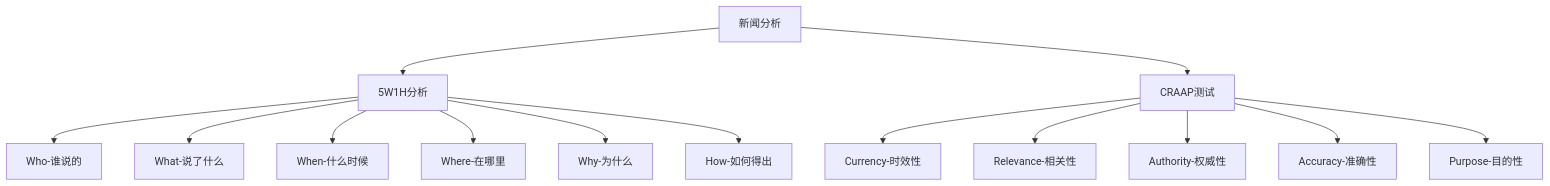
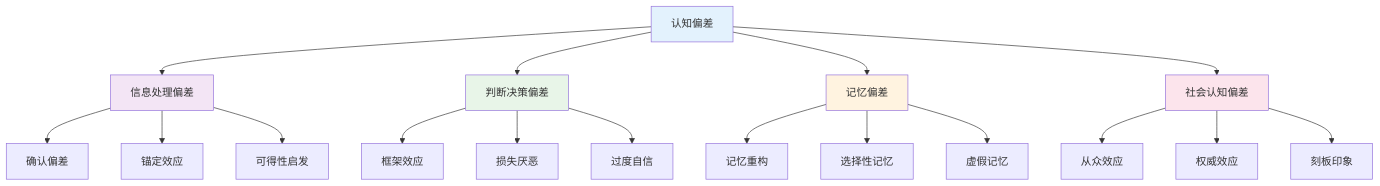
Before and after one commit to AdaMartin18010/SeniorEnducation: diagram 12 of 15 in 01-哲学科学基础/03-逻辑学与批判性思维.md, drawn with Mermaid. The commit also changed other lines of this file and 16 other files, not shown here.

````diff
--- a/01-哲学科学基础/03-逻辑学与批判性思维.md
+++ b/01-哲学科学基础/03-逻辑学与批判性思维.md
@@ -194,18 +552,29 @@
 ```mermaid
 graph TD
-    A[新闻分析] --> B[5W1H分析]
-    A --> C[CRAAP测试]
+    A[认知偏差] --> B[信息处理偏差]
+    A --> C[判断决策偏差]
+    A --> D[记忆偏差]
+    A --> E[社会认知偏差]
     
-    B --> D[Who-谁说的]
-    B --> E[What-说了什么]
-    B --> F[When-什么时候]
-    B --> G[Where-在哪里]
-    B --> H[Why-为什么]
-    B --> I[How-如何得出]
+    B --> B1[确认偏差]
+    B --> B2[锚定效应]
+    B --> B3[可得性启发]
     
-    C --> J[Currency-时效性]
-    C --> K[Relevance-相关性]
-    C --> L[Authority-权威性]
-    C --> M[Accuracy-准确性]
-    C --> N[Purpose-目的性]
+    C --> C1[框架效应]
+    C --> C2[损失厌恶]
+    C --> C3[过度自信]
+    
+    D --> D1[记忆重构]
+    D --> D2[选择性记忆]
+    D --> D3[虚假记忆]
+    
+    E --> E1[从众效应]
+    E --> E2[权威效应]
+    E --> E3[刻板印象]
+    
+    style A fill:#e3f2fd
+    style B fill:#f3e5f5
+    style C fill:#e8f5e8
+    style D fill:#fff3e0
+    style E fill:#fce4ec
 ```
````
